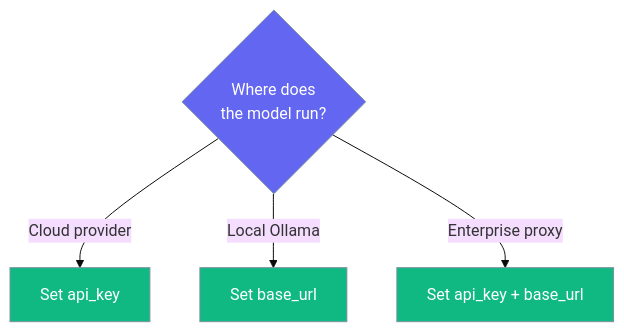
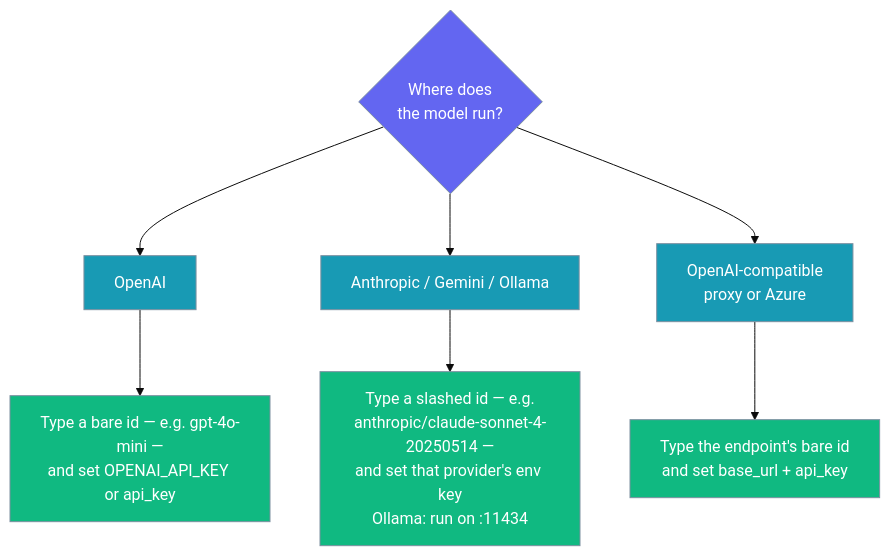
Before and after one commit to MervinPraison/PraisonAIDocs: the third of 3 diagrams in docs/features/desktop/models.mdx, drawn with Mermaid (base theme). The commit also changed other lines of this file and 1 other file, not shown here.

Commit message:
docs: update Desktop models/settings for provider-prefixed picker (fixes #3784)

````diff
--- a/docs/features/desktop/models.mdx
+++ b/docs/features/desktop/models.mdx
@@ -136,12 +162,18 @@
 ```mermaid
 graph TB
-    Start{Where does<br/>the model run?} -->|Cloud provider| Cloud[Set api_key]
-    Start -->|Local Ollama| Local[Set base_url]
-    Start -->|Enterprise proxy| Both[Set api_key + base_url]
+    Start{Where does<br/>the model run?} --> P1[OpenAI]
+    Start --> P2[Anthropic / Gemini / Ollama]
+    Start --> P3[OpenAI-compatible<br/>proxy or Azure]
+
+    P1 --> A1[Type a bare id — e.g. gpt-4o-mini —<br/>and set OPENAI_API_KEY or api_key]
+    P2 --> A2[Type a slashed id — e.g.<br/>anthropic/claude-sonnet-4-20250514 —<br/>and set that provider's env key<br/>Ollama: run on :11434]
+    P3 --> A3[Type the endpoint's bare id<br/>and set base_url + api_key]
 
     classDef q fill:#6366F1,stroke:#7C90A0,color:#fff
-    classDef opt fill:#10B981,stroke:#7C90A0,color:#fff
+    classDef opt fill:#189AB4,stroke:#7C90A0,color:#fff
+    classDef out fill:#10B981,stroke:#7C90A0,color:#fff
 
     class Start q
-    class Cloud,Local,Both opt
+    class P1,P2,P3 opt
+    class A1,A2,A3 out
 ```
````
